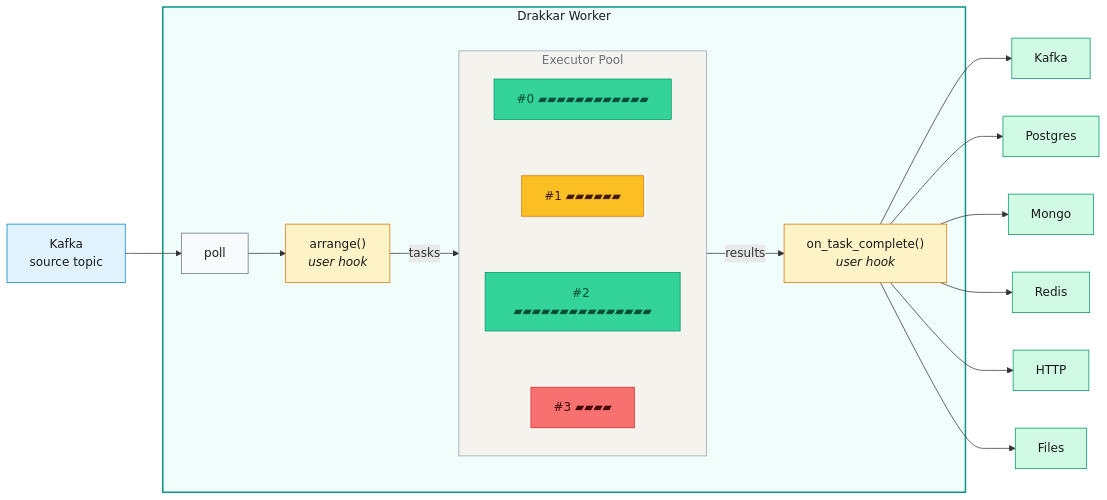
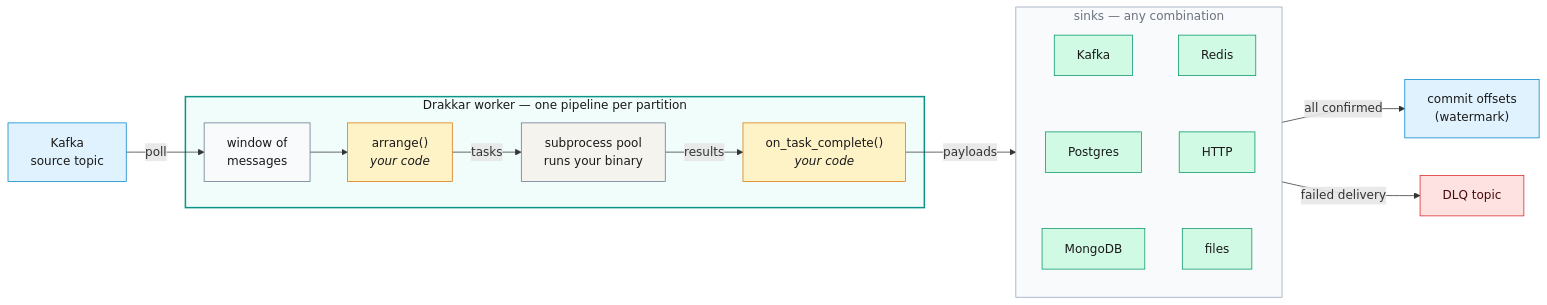
The first of 2 diagrams in docs/index.md (wlame/drakkar), drawn with Mermaid before and after one commit. The commit also changed other lines of this file, not shown here.

Commit message:
Redraw the home-page architecture diagram as the real pipeline with DLQ and watermark commit.

````diff
--- a/docs/index.md
+++ b/docs/index.md
@@ -10,42 +10,35 @@
 ```mermaid
 flowchart LR
-    K["Kafka\nsource topic"] --> P["poll"]
+    K["Kafka\nsource topic"] -- "poll" --> W
 
-    subgraph worker ["Drakkar Worker"]
-        P --> A["arrange()\n<i>user hook</i>"]
-        subgraph pool ["Executor Pool"]
-            direction TB
-            S0["#0 ▰▰▰▰▰▰▰▰▰▰▰▰"]
-            S1["#1 ▰▰▰▰▰▰"]
-            S2["#2 ▰▰▰▰▰▰▰▰▰▰▰▰▰▰▰"]
-            S3["#3 ▰▰▰▰"]
-            S0 ~~~ S1 ~~~ S2 ~~~ S3
-        end
-        A -- "tasks" --> pool
-        pool -- "results" --> C["on_task_complete()\n<i>user hook</i>"]
+    subgraph worker ["Drakkar worker — one pipeline per partition"]
+        W["window of\nmessages"] --> A["arrange()\n<i>your code</i>"]
+        A -- "tasks" --> P["subprocess pool\nruns your binary"]
+        P -- "results" --> T["on_task_complete()\n<i>your code</i>"]
     end
 
-    C --> SK["Kafka"]
-    C --> SP["Postgres"]
-    C --> SM["Mongo"]
-    C --> SR["Redis"]
-    C --> SH["HTTP"]
-    C --> SF["Files"]
+    T -- "payloads" --> sinks
+    subgraph sinks ["sinks — any combination"]
+        direction TB
+        SK["Kafka"] ~~~ SP["Postgres"] ~~~ SM["MongoDB"]
+        SR["Redis"] ~~~ SH["HTTP"] ~~~ SF["files"]
+    end
+    sinks -- "all confirmed" --> CO["commit offsets\n(watermark)"]
+    sinks -- "failed delivery" --> DLQ["DLQ topic"]
 
     style worker fill:#f0fdfa,stroke:#0d9488,stroke-width:2px,color:#1a1a1a
-    style pool fill:#f5f3ee,stroke:#94a3b8,stroke-width:1px,color:#6b7280
-    style P fill:#f8fafc,stroke:#64748b,color:#1a1a1a
+    style sinks fill:#f8fafc,stroke:#94a3b8,stroke-width:1px,color:#6b7280
     style K fill:#e0f2fe,stroke:#0284c7,color:#1a1a1a
+    style W fill:#f8fafc,stroke:#64748b,color:#1a1a1a
     style A fill:#fef3c7,stroke:#d97706,color:#1a1a1a
-    style C fill:#fef3c7,stroke:#d97706,color:#1a1a1a
-    style S0 fill:#34d399,stroke:#059669,color:#064e3b
-    style S1 fill:#fbbf24,stroke:#d97706,color:#451a03
-    style S2 fill:#34d399,stroke:#059669,color:#064e3b
-    style S3 fill:#f87171,stroke:#dc2626,color:#450a0a
+    style P fill:#f5f3ee,stroke:#64748b,color:#1a1a1a
+    style T fill:#fef3c7,stroke:#d97706,color:#1a1a1a
+    style CO fill:#e0f2fe,stroke:#0284c7,color:#1a1a1a
+    style DLQ fill:#fee2e2,stroke:#dc2626,color:#450a0a
     style SK fill:#d1fae5,stroke:#059669,color:#1a1a1a
     style SP fill:#d1fae5,stroke:#059669,color:#1a1a1a
     style SM fill:#d1fae5,stroke:#059669,color:#1a1a1a
     style SR fill:#d1fae5,stroke:#059669,color:#1a1a1a
     style SH fill:#d1fae5,stroke:#059669,color:#1a1a1a
     style SF fill:#d1fae5,stroke:#059669,color:#1a1a1a
 ```
````
